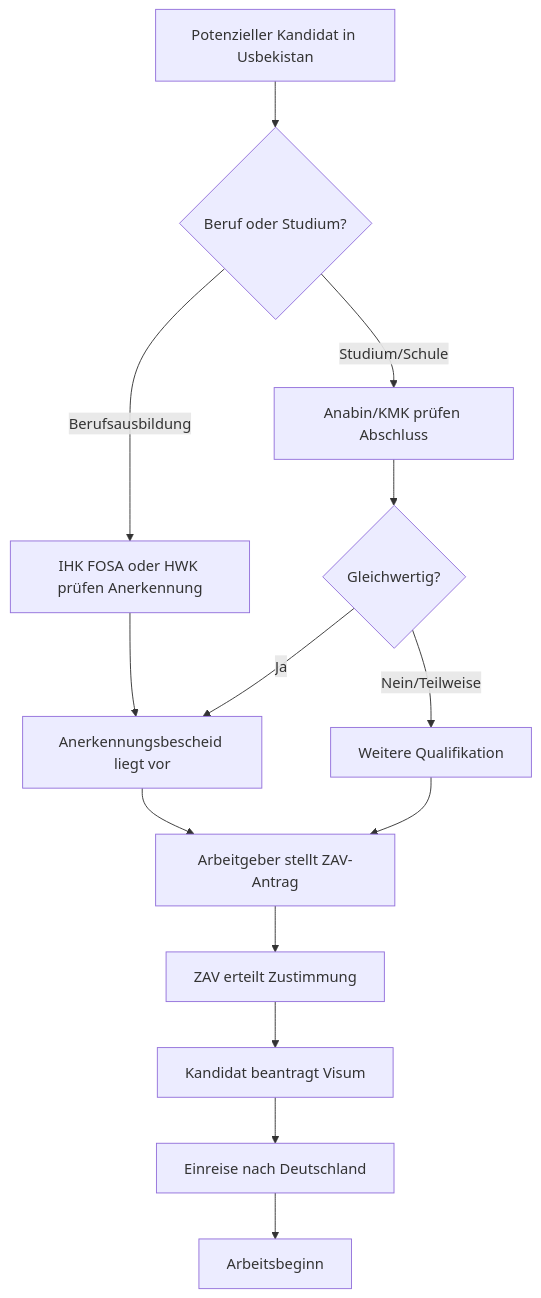
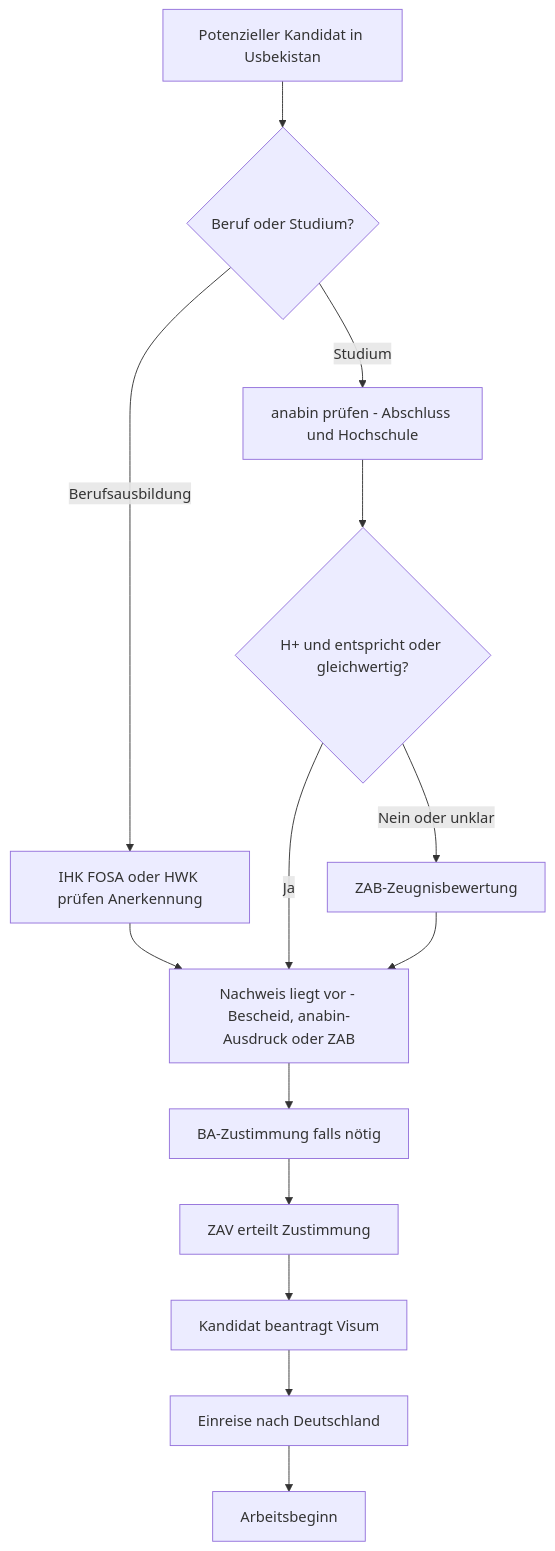
The second of 2 diagrams in docs/19_anabin_zav_kmk_zusammenspiel.md (benedikt-aatrium/wiki-usbekische-fachkraefte), drawn with Mermaid before and after one commit. The commit also changed other lines of this file and 44 other files, not shown here.

````diff
--- a/docs/19_anabin_zav_kmk_zusammenspiel.md
+++ b/docs/19_anabin_zav_kmk_zusammenspiel.md
@@ -338,16 +403,16 @@
 ```mermaid
 graph TD
     A[Potenzieller Kandidat in Usbekistan] --> B{Beruf oder Studium?}
     B -->|Berufsausbildung| C[IHK FOSA oder HWK prüfen Anerkennung]
-    B -->|Studium/Schule| D[Anabin/KMK prüfen Abschluss]
-    C --> E[Anerkennungsbescheid liegt vor]
-    D --> F{Gleichwertig?}
+    B -->|Studium| D[anabin prüfen - Abschluss und Hochschule]
+    C --> E[Nachweis liegt vor - Bescheid, anabin-Ausdruck oder ZAB]
+    D --> F{"H+ und entspricht oder gleichwertig?"}
     F -->|Ja| E
-    F -->|Nein/Teilweise| G[Weitere Qualifikation]
-    E --> H[Arbeitgeber stellt ZAV-Antrag]
-    G --> H
+    F -->|Nein oder unklar| G[ZAB-Zeugnisbewertung]
+    E --> H[BA-Zustimmung falls nötig]
+    G --> E
     H --> I[ZAV erteilt Zustimmung]
     I --> J[Kandidat beantragt Visum]
     J --> K[Einreise nach Deutschland]
     K --> L[Arbeitsbeginn]
 ```
````
